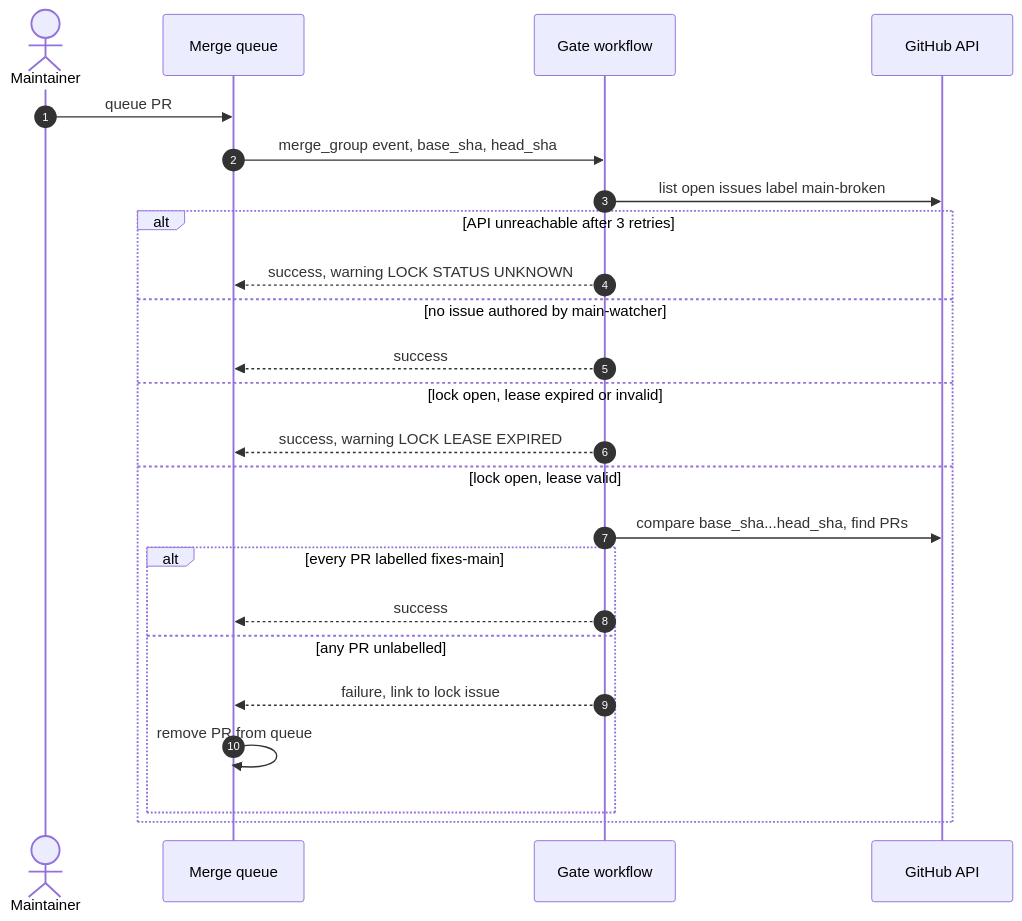
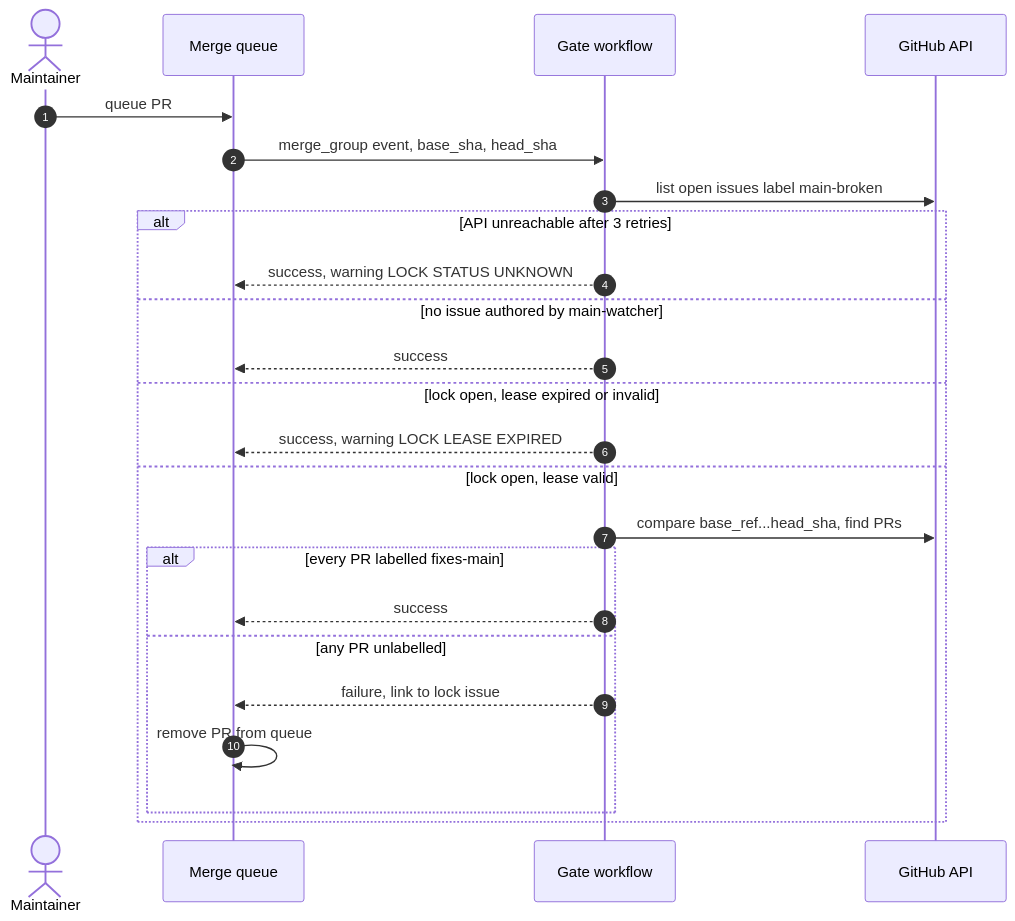
The fourth of 6 diagrams in docs/architecture/architecture.md (main-watcher-sandbox/main-watcher), drawn with Mermaid before and after one commit. The commit also changed other lines of this file and 8 other files, not shown here.

````diff
--- a/docs/architecture/architecture.md
+++ b/docs/architecture/architecture.md
@@ -369,28 +369,28 @@
 ```mermaid
 %% name: seq-gate
 sequenceDiagram
     autonumber
     actor M as Maintainer
     participant MQ as Merge queue
     participant G as Gate workflow
     participant GH as GitHub API
 
     M->>MQ: queue PR
     MQ->>G: merge_group event, base_sha, head_sha
     G->>GH: list open issues label main-broken
     alt API unreachable after 3 retries
         G-->>MQ: success, warning LOCK STATUS UNKNOWN
     else no issue authored by main-watcher
         G-->>MQ: success
     else lock open, lease expired or invalid
         G-->>MQ: success, warning LOCK LEASE EXPIRED
     else lock open, lease valid
-        G->>GH: compare base_sha...head_sha, find PRs
+        G->>GH: compare base_ref...head_sha, find PRs
         alt every PR labelled fixes-main
             G-->>MQ: success
         else any PR unlabelled
             G-->>MQ: failure, link to lock issue
             MQ->>MQ: remove PR from queue
         end
     end
 ```
````
